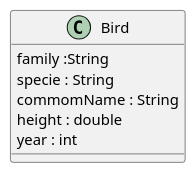
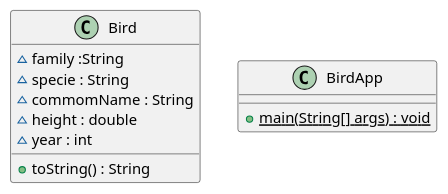
One commit to masmangan/urban-computing-machine changed the diagram in Bird.puml. Above: the diagram before and after it, drawn with PlantUML.

Commit message:
6. Diagrama de Classe UML #4

```diff
--- a/Bird.puml
+++ b/Bird.puml
@@ -1,9 +1,17 @@
 @startuml
+
 class Bird {
-    family :String
-    specie : String
-    commomName : String
-    height : double
-    year : int
+    ~family :String
+    ~specie : String
+    ~commomName : String
+    ~height : double
+    ~year : int
+
+    +toString() : String
 }
+
+class BirdApp {
+    +{static} main(String[] args) : void
+}
+
 @enduml
```
